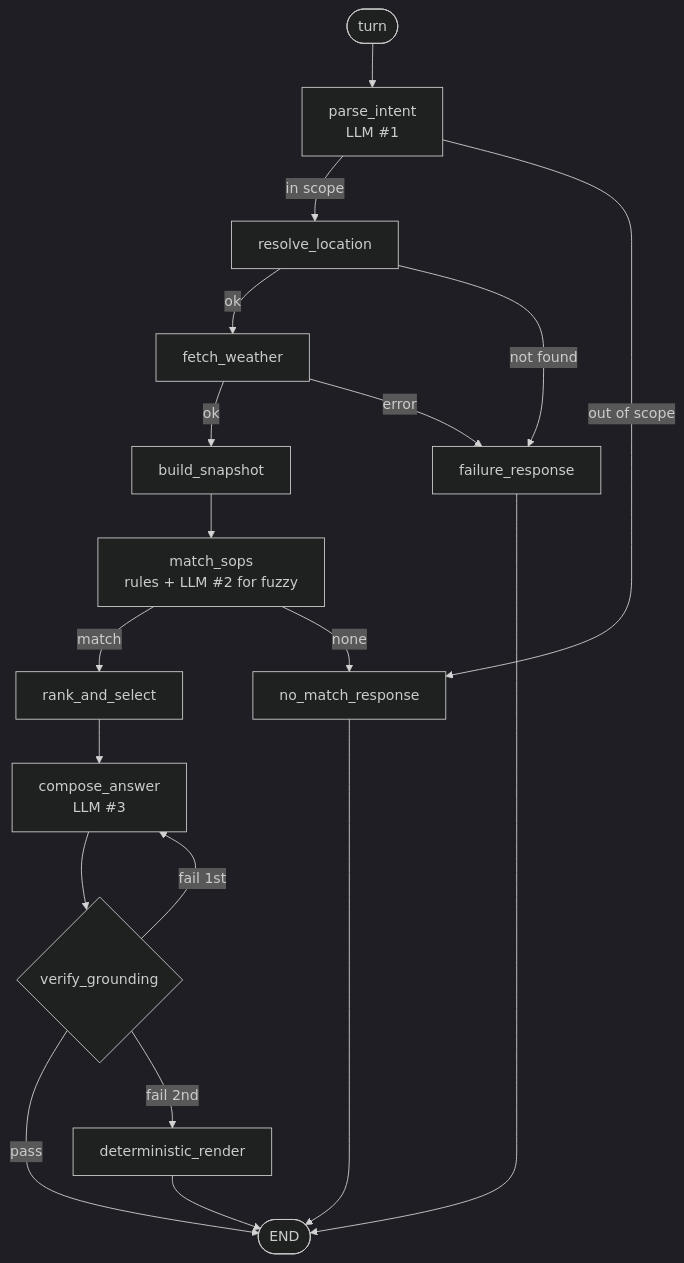
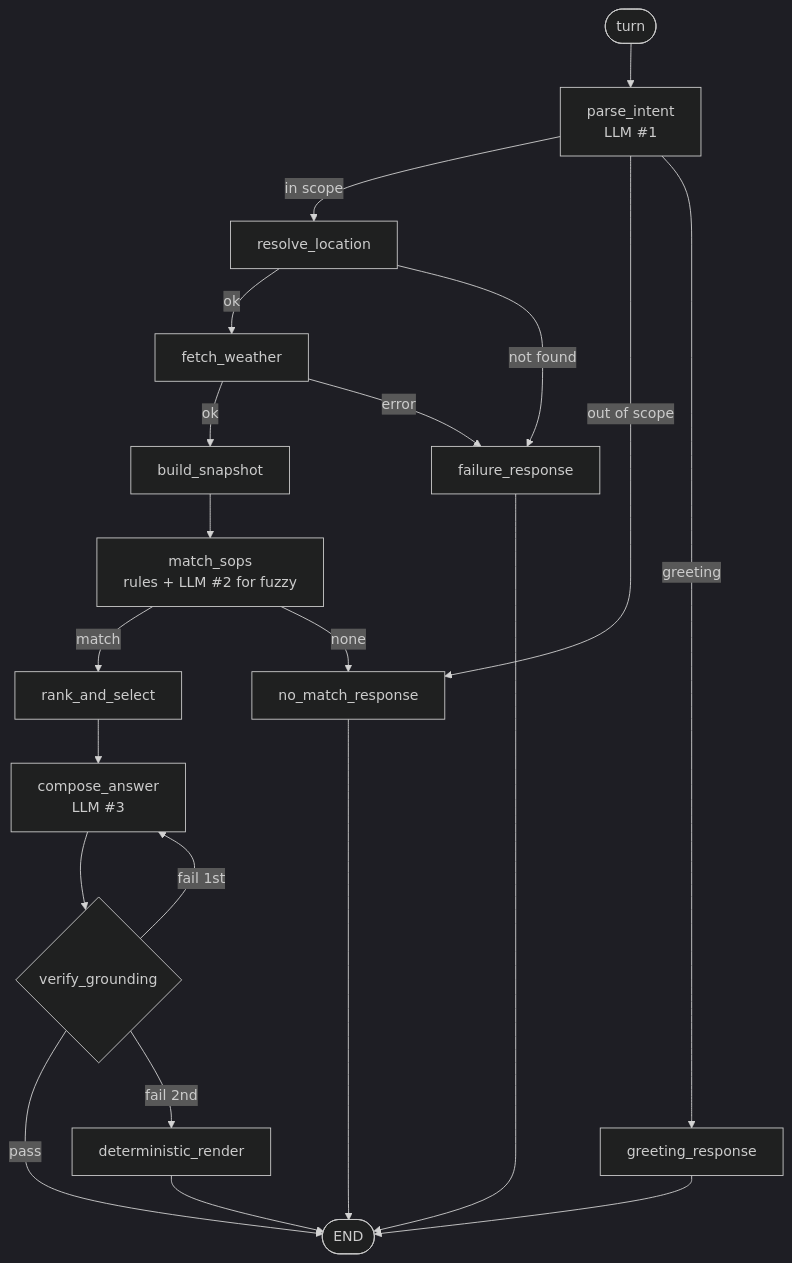
One commit to RickyVishwakarma/mediBuddy-assesment changed the diagram in README.md. Above: the diagram before and after it, drawn with Mermaid (dark theme). The commit also changed other lines of this file and 6 other files, not shown here.

First line of the commit message:
Add greeting_response node for bare greetings

````diff
--- a/README.md
+++ b/README.md
@@ -302,21 +302,23 @@
 ```mermaid
 graph TD
     START([turn]) --> PI[parse_intent<br/>LLM #1]
     PI -->|in scope| RL[resolve_location]
     PI -->|out of scope| NM[no_match_response]
+    PI -->|greeting| GR[greeting_response]
     RL -->|ok| FW[fetch_weather]
     RL -->|not found| FR[failure_response]
     FW -->|ok| BS[build_snapshot]
     FW -->|error| FR
     BS --> MS[match_sops<br/>rules + LLM #2 for fuzzy]
     MS -->|match| RS[rank_and_select]
     MS -->|none| NM
     RS --> CA[compose_answer<br/>LLM #3]
     CA --> VG{verify_grounding}
     VG -->|pass| E([END])
     VG -->|fail 1st| CA
     VG -->|fail 2nd| DR[deterministic_render]
     DR --> E
     NM --> E
+    GR --> E
     FR --> E
 ```
````
